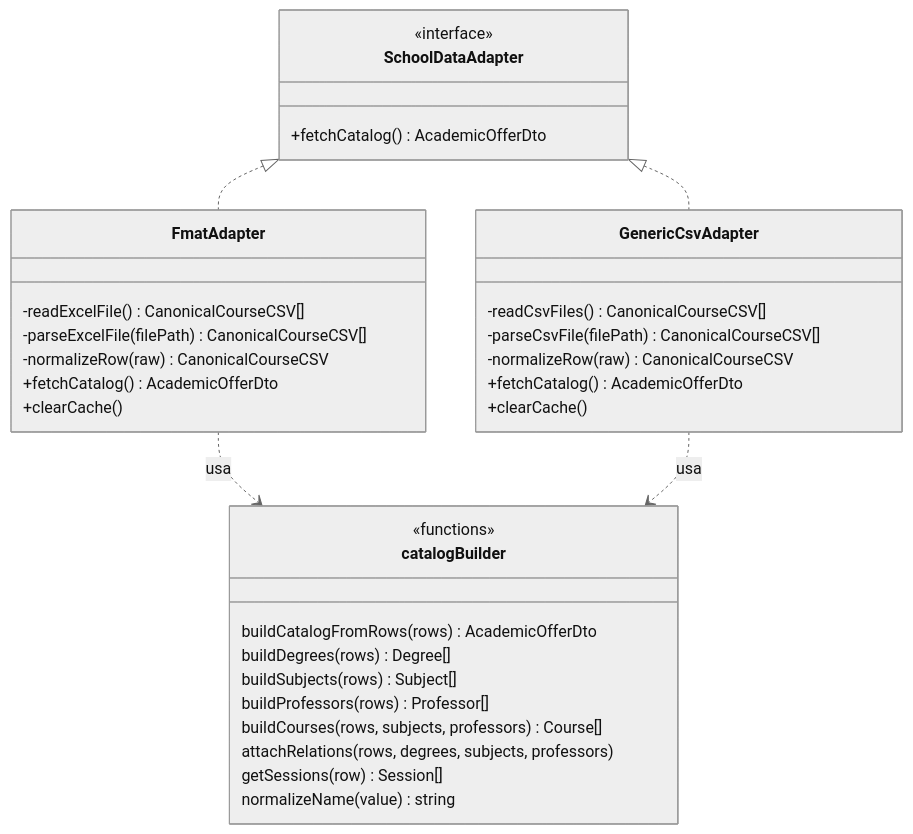
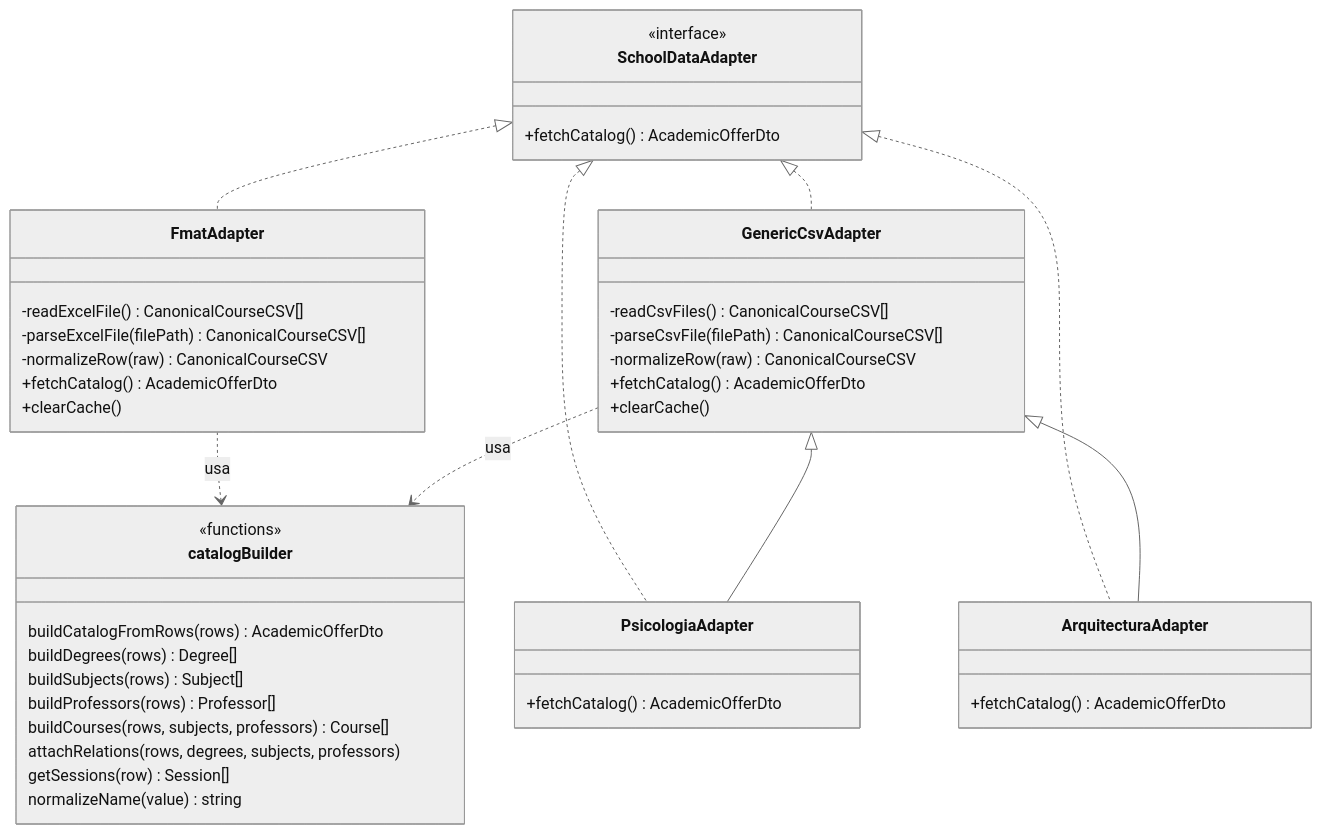
Diagram 11 of 22 in docs/architecture.md (KiinMx/Kiin), drawn with Mermaid (neutral theme) before and after one commit. The commit also changed other lines of this file, not shown here.

Commit message:
docs: update architecture

````diff
--- a/docs/architecture.md
+++ b/docs/architecture.md
@@ -426,40 +433,52 @@
 ```mermaid
 classDiagram
     class SchoolDataAdapter {
         <<interface>>
         +fetchCatalog() AcademicOfferDto
     }
 
     class FmatAdapter {
         -readExcelFile() CanonicalCourseCSV[]
         -parseExcelFile(filePath) CanonicalCourseCSV[]
         -normalizeRow(raw) CanonicalCourseCSV
         +fetchCatalog() AcademicOfferDto
         +clearCache()
+    }
+
+    class PsicologiaAdapter {
+        +fetchCatalog() AcademicOfferDto
+    }
+
+    class ArquitecturaAdapter {
+        +fetchCatalog() AcademicOfferDto
     }
 
     class GenericCsvAdapter {
         -readCsvFiles() CanonicalCourseCSV[]
         -parseCsvFile(filePath) CanonicalCourseCSV[]
         -normalizeRow(raw) CanonicalCourseCSV
         +fetchCatalog() AcademicOfferDto
         +clearCache()
     }
 
     class catalogBuilder {
         <<functions>>
         buildCatalogFromRows(rows) AcademicOfferDto
         buildDegrees(rows) Degree[]
         buildSubjects(rows) Subject[]
         buildProfessors(rows) Professor[]
         buildCourses(rows, subjects, professors) Course[]
         attachRelations(rows, degrees, subjects, professors)
         getSessions(row) Session[]
         normalizeName(value) string
     }
 
     SchoolDataAdapter <|.. FmatAdapter
+    SchoolDataAdapter <|.. PsicologiaAdapter
+    SchoolDataAdapter <|.. ArquitecturaAdapter
     SchoolDataAdapter <|.. GenericCsvAdapter
+    GenericCsvAdapter <|-- PsicologiaAdapter
+    GenericCsvAdapter <|-- ArquitecturaAdapter
     FmatAdapter ..> catalogBuilder : usa
     GenericCsvAdapter ..> catalogBuilder : usa
 ```
````
